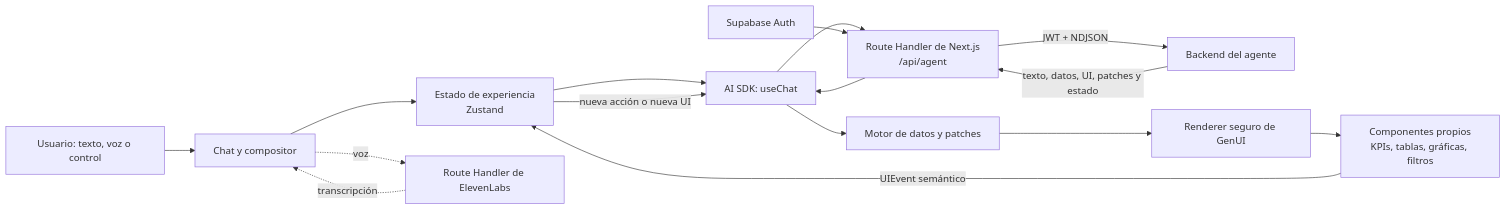
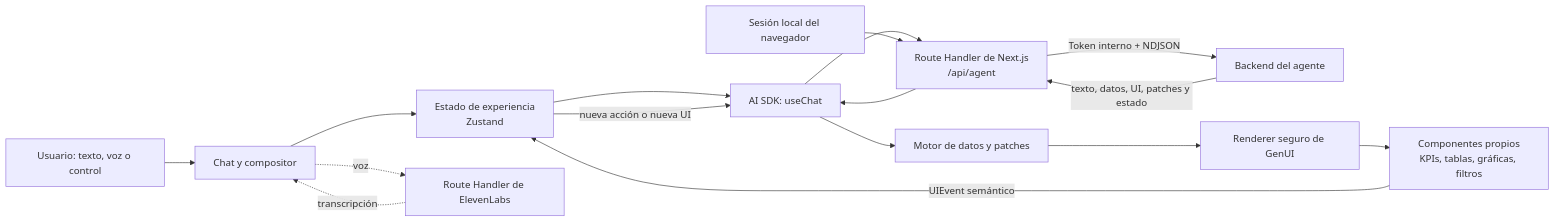
Before and after one commit to Hydra115-code/Ine-hacktoon: the first of 3 diagrams in README.md, drawn with Mermaid. The commit also changed other lines of this file and 70 other files, not shown here.

````diff
--- a/README.md
+++ b/README.md
@@ -20,19 +20,19 @@
 ```mermaid
 flowchart LR
     U[Usuario: texto, voz o control] --> C[Chat y compositor]
     C --> Z[Estado de experiencia<br/>Zustand]
     Z --> A[AI SDK: useChat]
     A --> N[Route Handler de Next.js<br/>/api/agent]
-    N -->|JWT + NDJSON| B[Backend del agente]
+    N -->|Token interno + NDJSON| B[Backend del agente]
     B -->|texto, datos, UI, patches y estado| N
     N --> A
     A --> P[Motor de datos y patches]
     P --> R[Renderer seguro de GenUI]
     R --> D[Componentes propios<br/>KPIs, tablas, gráficas, filtros]
     D -->|UIEvent semántico| Z
     Z -->|nueva acción o nueva UI| A
 
     C -. voz .-> V[Route Handler de ElevenLabs]
     V -. transcripción .-> C
-    S[Supabase Auth] --> N
+    L[Sesión local del navegador] --> N
 ```
````
